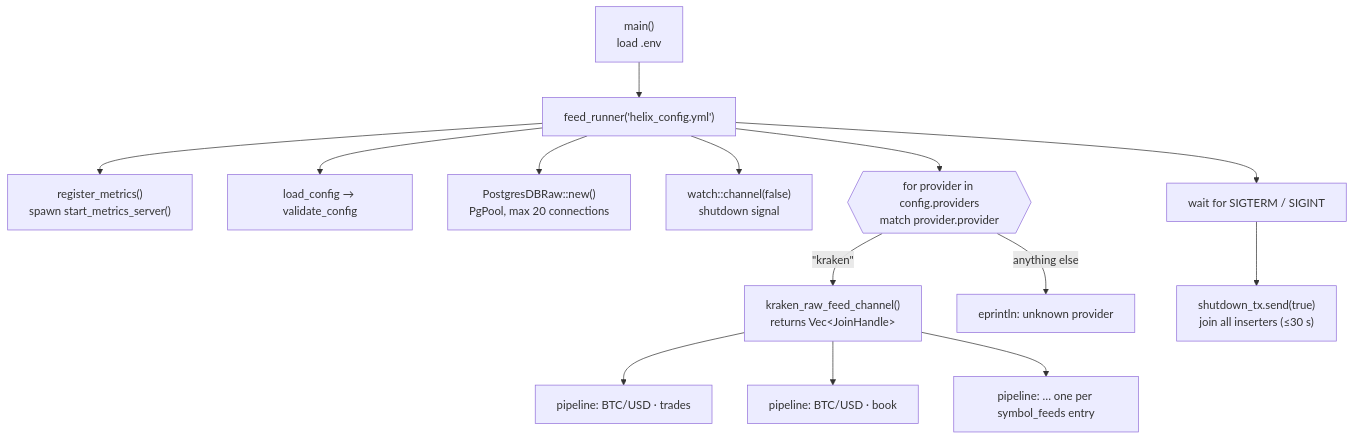
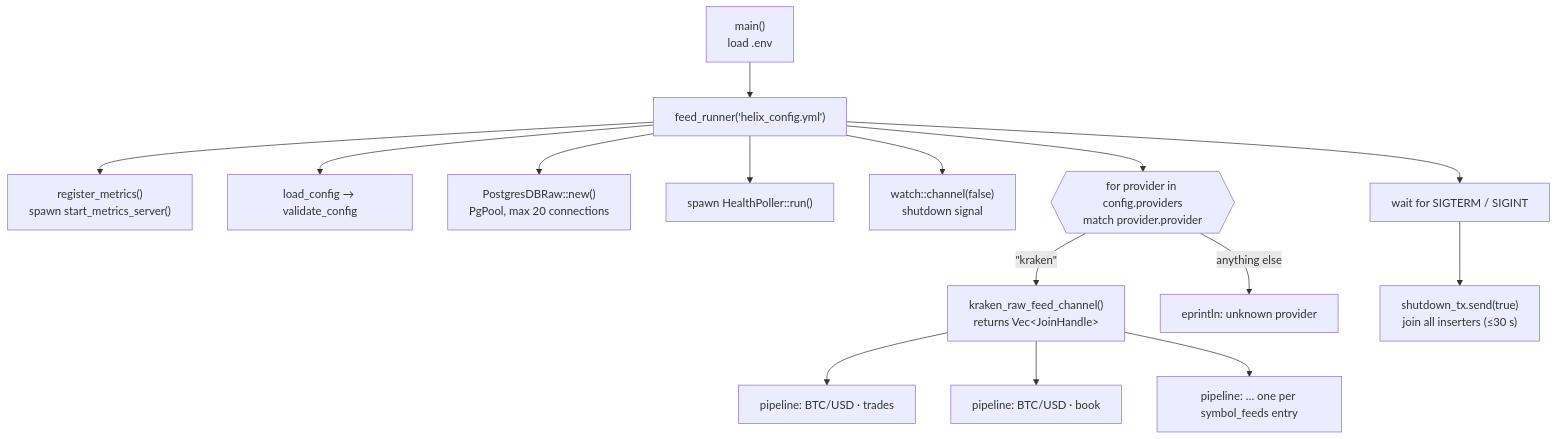
One commit to Dakotah-Torres/HelixFeed changed the second of 4 diagrams in docs/architecture.md. Above: the diagram before and after it, drawn with Mermaid. The commit also changed other lines of this file and 20 other files, not shown here.

````diff
--- a/docs/architecture.md
+++ b/docs/architecture.md
@@ -78,16 +82,17 @@
 ```mermaid
 flowchart TD
     MAIN["main()<br/>load .env"] --> FR["feed_runner('helix_config.yml')"]
     FR --> M1["register_metrics()<br/>spawn start_metrics_server()"]
     FR --> M2["load_config → validate_config"]
     FR --> M3["PostgresDBRaw::new()<br/>PgPool, max 20 connections"]
+    FR --> M5["spawn HealthPoller::run()"]
     FR --> M4["watch::channel(false)<br/>shutdown signal"]
     FR --> LOOP{{"for provider in config.providers<br/>match provider.provider"}}
     LOOP -->|"&quot;kraken&quot;"| KRF["kraken_raw_feed_channel()<br/>returns Vec&lt;JoinHandle&gt;"]
     LOOP -->|"anything else"| UNK["eprintln: unknown provider"]
     KRF --> P1["pipeline: BTC/USD · trades"]
     KRF --> P2["pipeline: BTC/USD · book"]
     KRF --> P3["pipeline: … one per symbol_feeds entry"]
     FR --> WAIT["wait for SIGTERM / SIGINT"]
     WAIT --> SD["shutdown_tx.send(true)<br/>join all inserters (≤30 s)"]
 ```
````
